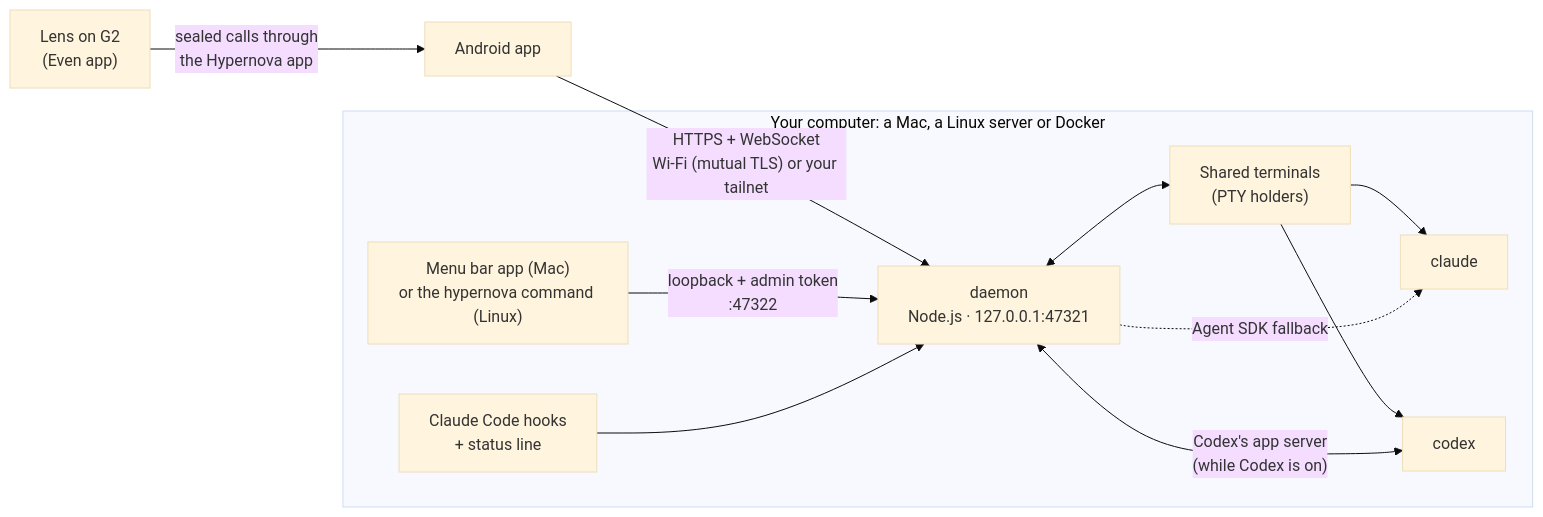
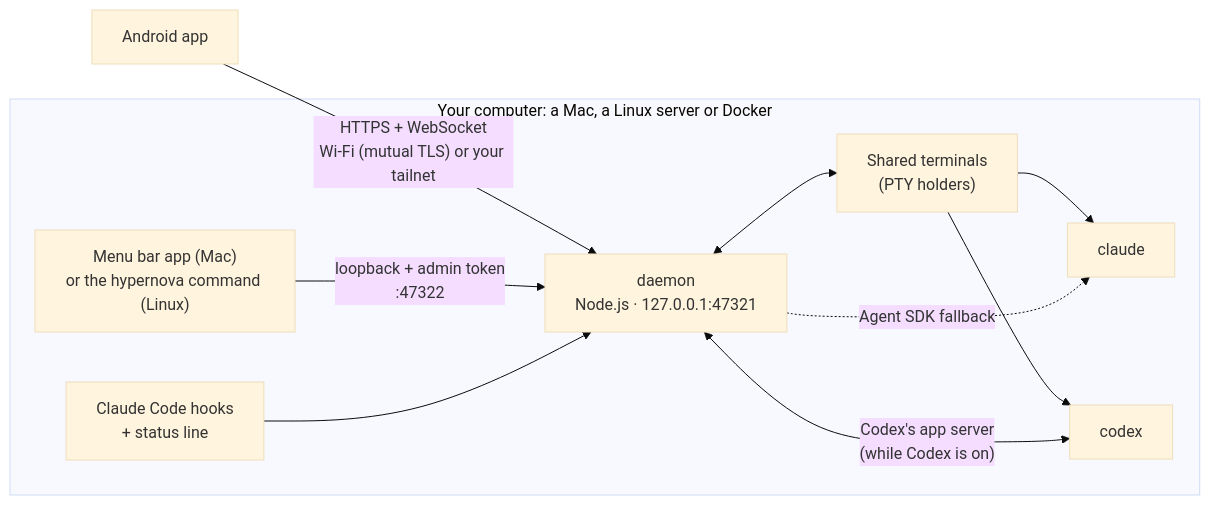
One commit to ljmerza/Hypernova changed the diagram in README.md. Above: the diagram before and after it, drawn with Mermaid (base theme). The commit also changed other lines of this file and 302 other files, not shown here.

First line of the commit message:
Remove the G2 glasses (Hypernova Lens)

````diff
--- a/README.md
+++ b/README.md
@@ -148,15 +127,14 @@
 ```mermaid
 flowchart LR
   phone["Android app"] -- "HTTPS + WebSocket<br/>Wi-Fi (mutual TLS) or your tailnet" --> api
-  lens["Lens on G2<br/>(Even app)"] -- "sealed calls through<br/>the Hypernova app" --> phone
   subgraph host["Your computer: a Mac, a Linux server or Docker"]
     api["daemon<br/>Node.js · 127.0.0.1:47321"]
     menubar["Menu bar app (Mac)<br/>or the hypernova command (Linux)"] -- "loopback + admin token<br/>:47322" --> api
     hooks["Claude Code hooks<br/>+ status line"] --> api
     api <--> terms["Shared terminals<br/>(PTY holders)"]
     terms --> cc["claude"]
     terms --> cx["codex"]
     api -. "Agent SDK fallback" .-> cc
     api <-- "Codex's app server<br/>(while Codex is on)" --> cx
   end
 ```
````
